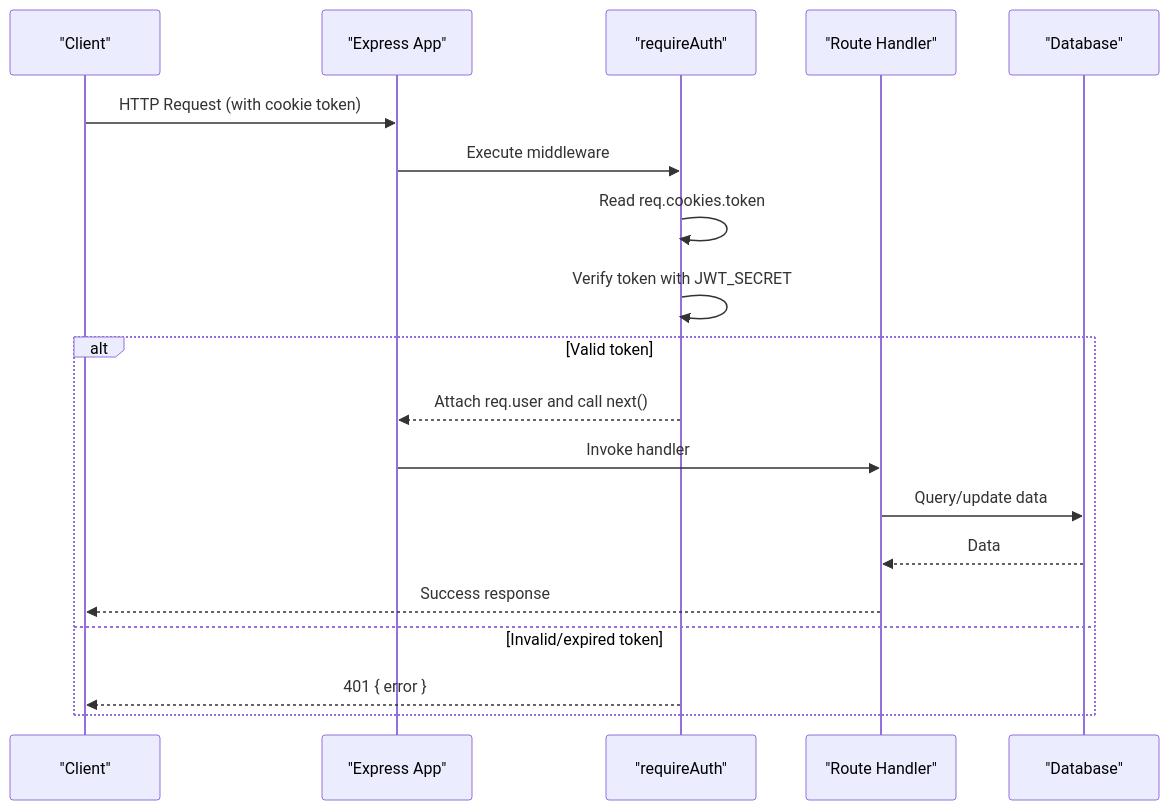
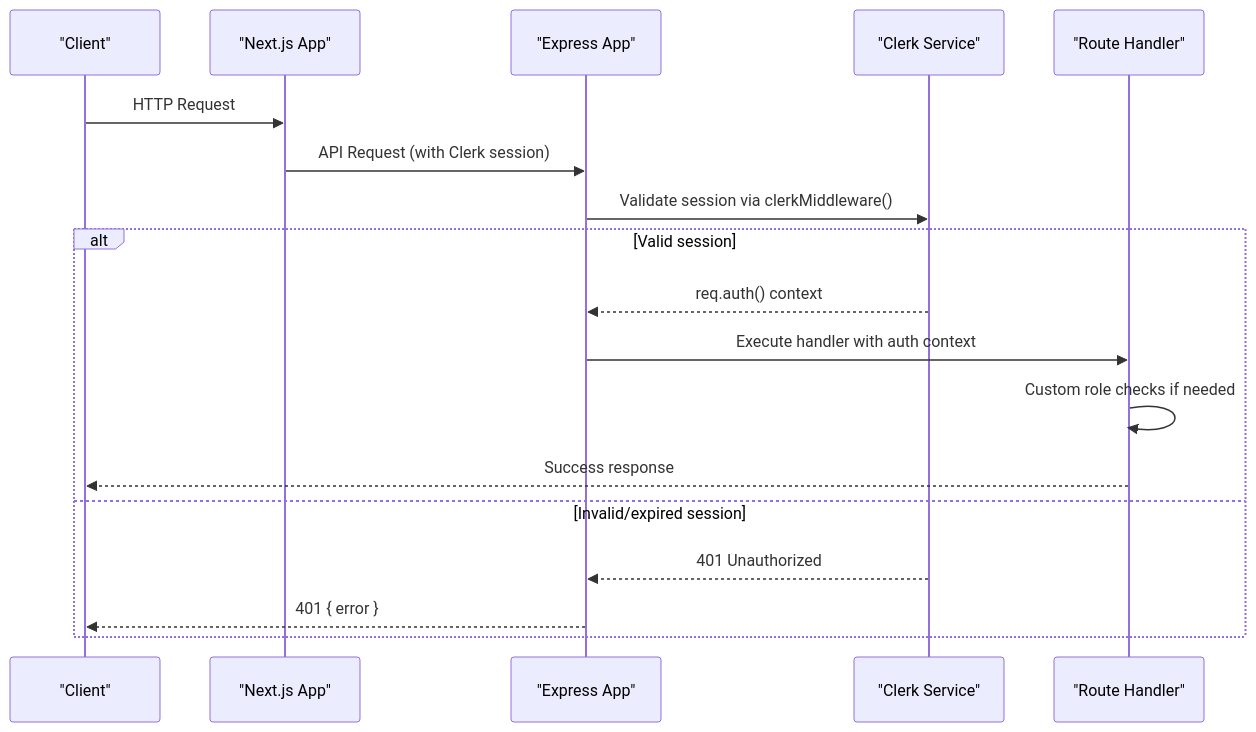
One commit to ZandileMkontwana/olympiad-portal changed the second of 6 diagrams in .qoder/repowiki/en/content/Authentication & Authorization/Authentication Middleware.md. Above: the diagram before and after it, drawn with Mermaid. The commit also changed other lines of this file and 16 other files, not shown here.

Commit message:
fix: test(backend): update tests for Clerk auth and Supabase storage

````diff
--- a/.qoder/repowiki/en/content/Authentication & Authorization/Authentication Middleware.md
+++ b/.qoder/repowiki/en/content/Authentication & Authorization/Authentication Middleware.md
@@ -74,21 +87,20 @@
 ```mermaid
 sequenceDiagram
 participant Client as "Client"
-participant App as "Express App"
-participant AuthMW as "requireAuth"
+participant Frontend as "Next.js App"
+participant Backend as "Express App"
+participant Clerk as "Clerk Service"
 participant Route as "Route Handler"
-participant DB as "Database"
-Client->>App : HTTP Request (with cookie token)
-App->>AuthMW : Execute middleware
-AuthMW->>AuthMW : Read req.cookies.token
-AuthMW->>AuthMW : Verify token with JWT_SECRET
-alt Valid token
-AuthMW-->>App : Attach req.user and call next()
-App->>Route : Invoke handler
-Route->>DB : Query/update data
-DB-->>Route : Data
+Client->>Frontend : HTTP Request
+Frontend->>Backend : API Request (with Clerk session)
+Backend->>Clerk : Validate session via clerkMiddleware()
+alt Valid session
+Clerk-->>Backend : req.auth() context
+Backend->>Route : Execute handler with auth context
+Route->>Route : Custom role checks if needed
 Route-->>Client : Success response
-else Invalid/expired token
-AuthMW-->>Client : 401 { error }
+else Invalid/expired session
+Clerk-->>Backend : 401 Unauthorized
+Backend-->>Client : 401 { error }
 end
 ```
````
